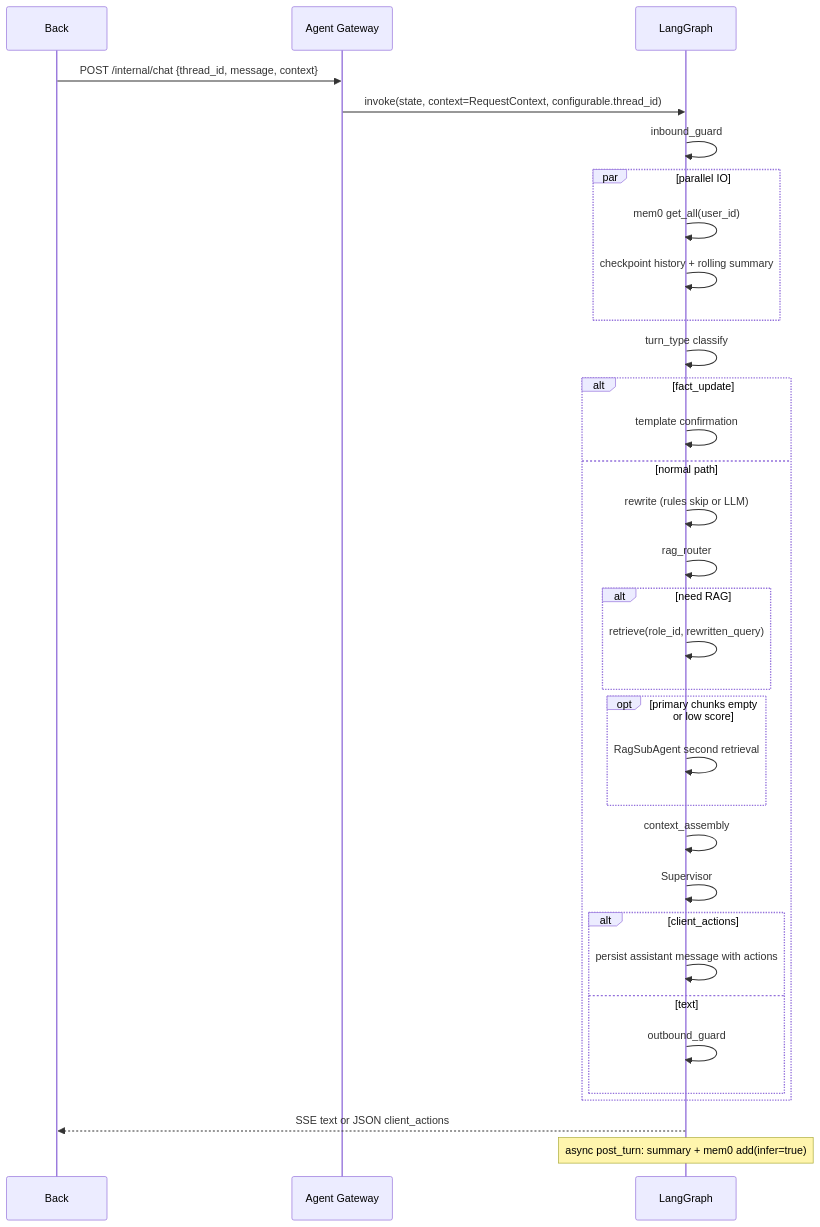
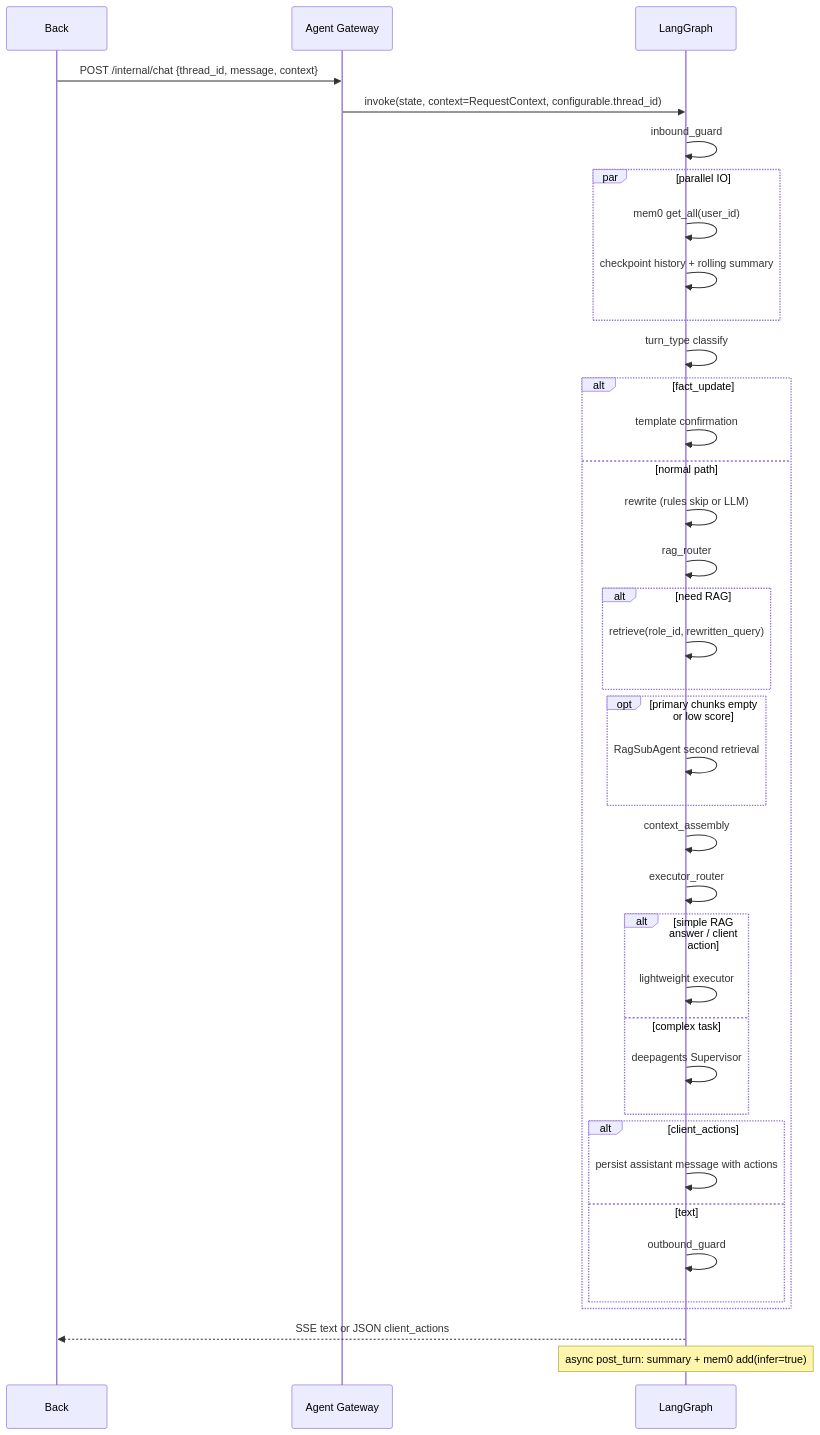
Before and after one commit to lrxCn/commonAgent: the diagram in README.md, drawn with Mermaid. The commit also changed other lines of this file and 15 other files, not shown here.

Commit message:
feat-33: executor-router-deepagents-gating

````diff
--- a/README.md
+++ b/README.md
@@ -199,36 +199,41 @@
 ```mermaid
 sequenceDiagram
   participant Back
   participant GW as Agent Gateway
   participant G as LangGraph
 
   Back->>GW: POST /internal/chat {thread_id, message, context}
   GW->>G: invoke(state, context=RequestContext, configurable.thread_id)
   G->>G: inbound_guard
   par parallel IO
     G->>G: mem0 get_all(user_id)
     G->>G: checkpoint history + rolling summary
   end
   G->>G: turn_type classify
   alt fact_update
     G->>G: template confirmation
   else normal path
     G->>G: rewrite (rules skip or LLM)
     G->>G: rag_router
     alt need RAG
       G->>G: retrieve(role_id, rewritten_query)
     end
     opt primary chunks empty or low score
       G->>G: RagSubAgent second retrieval
     end
     G->>G: context_assembly
-    G->>G: Supervisor
+    G->>G: executor_router
+    alt simple RAG answer / client action
+      G->>G: lightweight executor
+    else complex task
+      G->>G: deepagents Supervisor
+    end
     alt client_actions
       G->>G: persist assistant message with actions
     else text
       G->>G: outbound_guard
     end
   end
   G-->>Back: SSE text or JSON client_actions
   Note over G: async post_turn: summary + mem0 add(infer=true)
 ```
````
